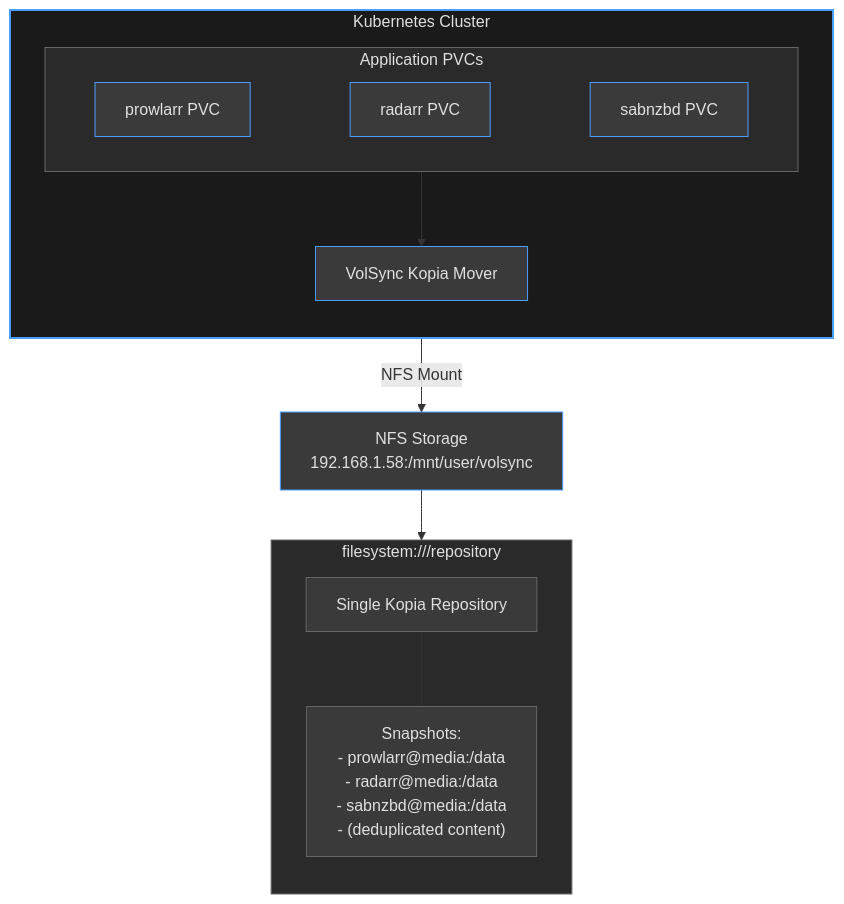
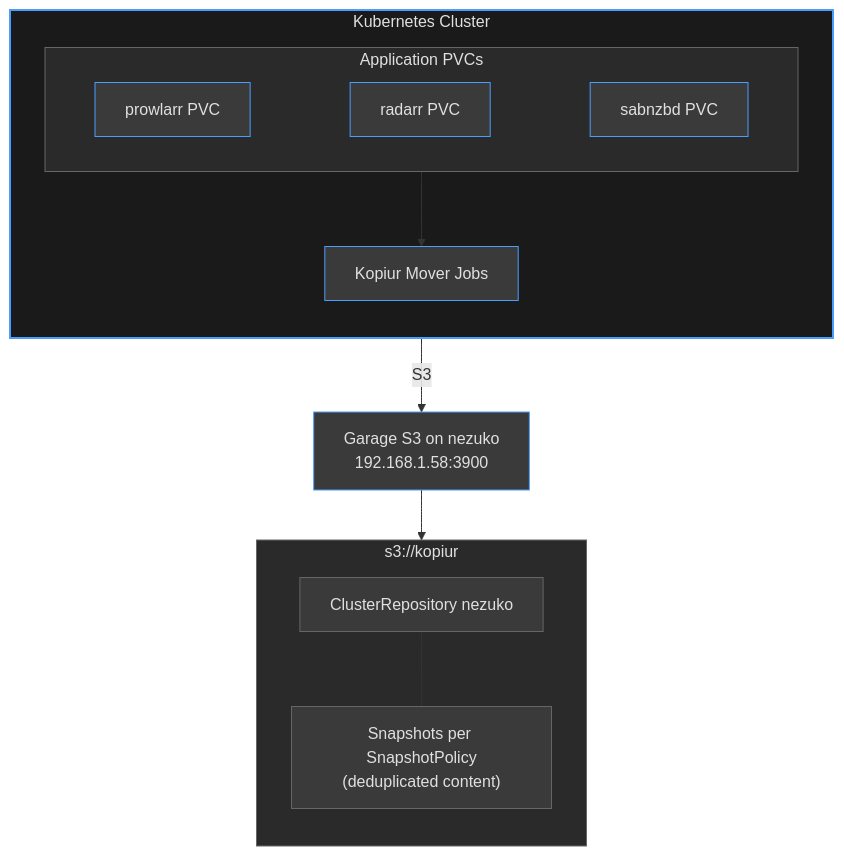
One commit to rcdailey/home-ops changed the diagram in docs/architecture/backup-strategy.md. Above: the diagram before and after it, drawn with Mermaid. The commit also changed other lines of this file and 107 other files, not shown here.

````diff
--- a/docs/architecture/backup-strategy.md
+++ b/docs/architecture/backup-strategy.md
@@ -44,36 +35,36 @@
 ```mermaid
 flowchart TB
     subgraph cluster["Kubernetes Cluster"]
         direction TB
         subgraph apps["Application PVCs"]
             direction LR
             prowlarr["prowlarr PVC"] ~~~ radarr["radarr PVC"] ~~~ sabnzbd["sabnzbd PVC"]
         end
-        volsync["VolSync Kopia Mover"]
+        mover["Kopiur Mover Jobs"]
     end
 
-    apps --> volsync
+    apps --> mover
 
-    nfs["NFS Storage<br/>192.168.1.58:/mnt/user/volsync"]
-    volsync -->|NFS Mount| nfs
+    garage["Garage S3 on nezuko<br/>192.168.1.58:3900"]
+    mover -->|S3| garage
 
-    subgraph repo["filesystem:///repository"]
+    subgraph repo["s3://kopiur"]
         direction TB
-        metadata["Single Kopia Repository"]
-        snapshots["Snapshots:<br/>- prowlarr@media:/data<br/>- radarr@media:/data<br/>- sabnzbd@media:/data<br/>- (deduplicated content)"]
+        metadata["ClusterRepository nezuko"]
+        snapshots["Snapshots per SnapshotPolicy<br/>(deduplicated content)"]
         metadata --- snapshots
     end
 
-    nfs --> repo
+    garage --> repo
 
     style cluster fill:#1a1a1a,stroke:#4a9eff,stroke-width:2px,color:#e0e0e0
     style apps fill:#2a2a2a,stroke:#666,stroke-width:1px,color:#e0e0e0
     style repo fill:#2a2a2a,stroke:#666,stroke-width:1px,color:#e0e0e0
     style prowlarr fill:#3a3a3a,stroke:#4a9eff,color:#e0e0e0
     style radarr fill:#3a3a3a,stroke:#4a9eff,color:#e0e0e0
     style sabnzbd fill:#3a3a3a,stroke:#4a9eff,color:#e0e0e0
-    style volsync fill:#3a3a3a,stroke:#4a9eff,color:#e0e0e0
-    style nfs fill:#3a3a3a,stroke:#4a9eff,color:#e0e0e0
+    style mover fill:#3a3a3a,stroke:#4a9eff,color:#e0e0e0
+    style garage fill:#3a3a3a,stroke:#4a9eff,color:#e0e0e0
     style metadata fill:#3a3a3a,stroke:#666,color:#e0e0e0
     style snapshots fill:#3a3a3a,stroke:#666,color:#e0e0e0
 ```
````
